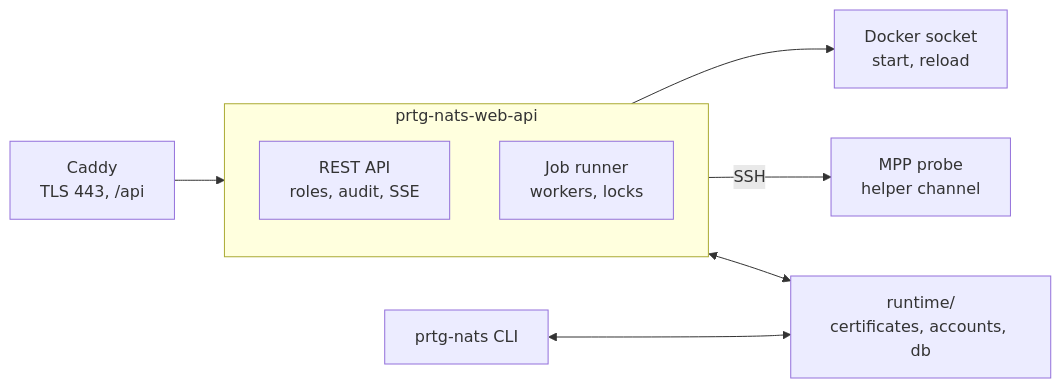
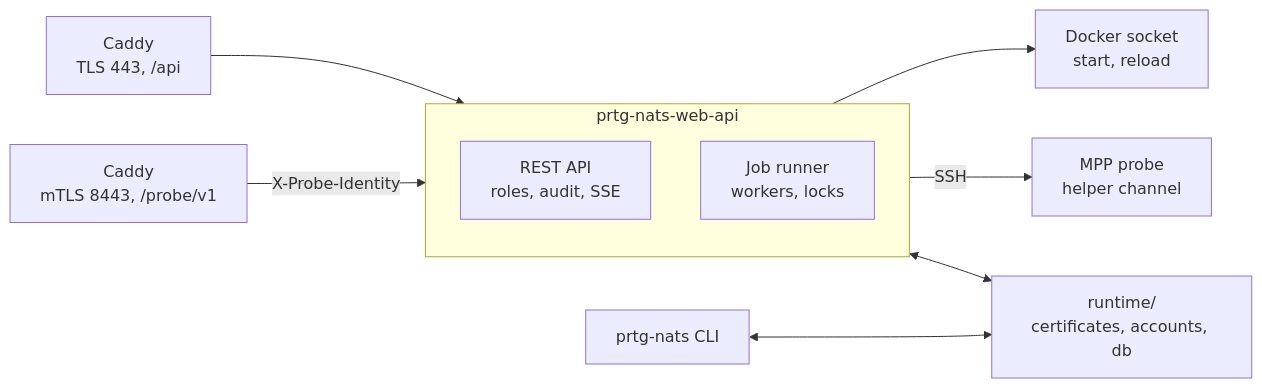
One commit to skiweg1985/prtg-nats changed the second of 2 diagrams in docs/architecture/overview.md. Above: the diagram before and after it, drawn with Mermaid. The commit also changed other lines of this file and 10 other files, not shown here.

````diff
--- a/docs/architecture/overview.md
+++ b/docs/architecture/overview.md
@@ -50,13 +52,14 @@
 ```mermaid
 flowchart LR
     subgraph Api["prtg-nats-web-api"]
         direction TB
         Rest["REST API<br>roles, audit, SSE"]
         Runner["Job runner<br>workers, locks"]
     end
     Caddy["Caddy<br>TLS 443, /api"] --> Rest
+    Channel["Caddy<br>mTLS 8443, /probe/v1"] -->|"X-Probe-Identity"| Rest
     Rest --> Docker["Docker socket<br>start, reload"]
     Runner -->|"SSH"| MPP["MPP probe<br>helper channel"]
     Rest <--> Runtime["runtime/<br>certificates, accounts, db"]
     Cli["prtg-nats CLI"] <--> Runtime
 ```
````
